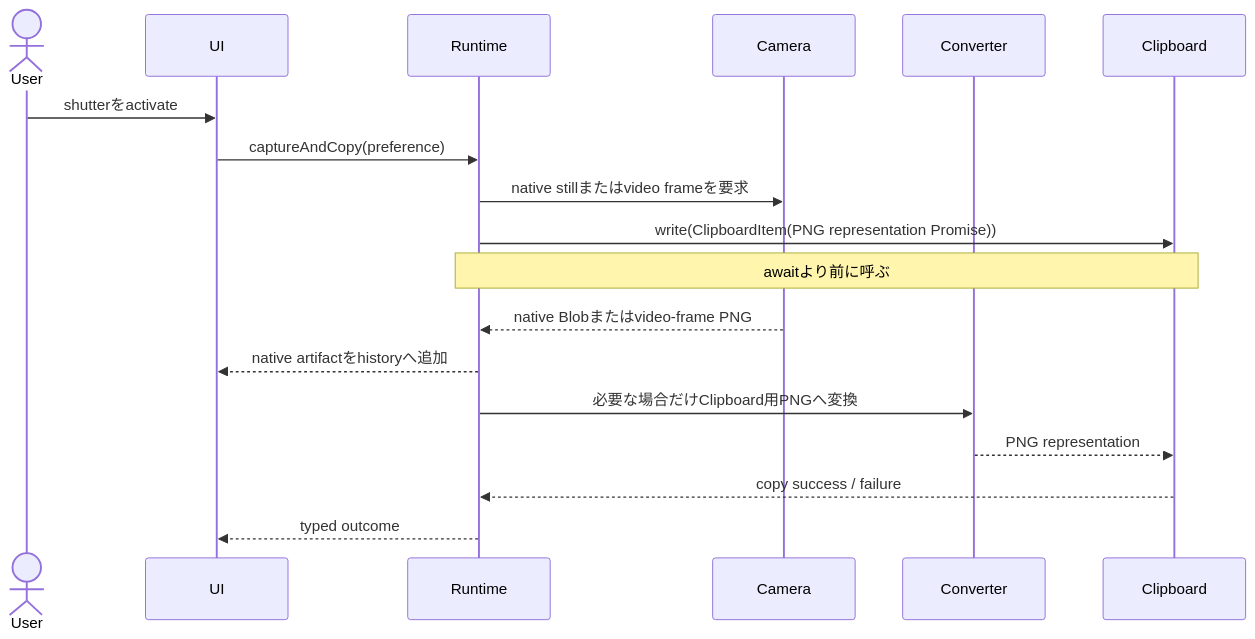
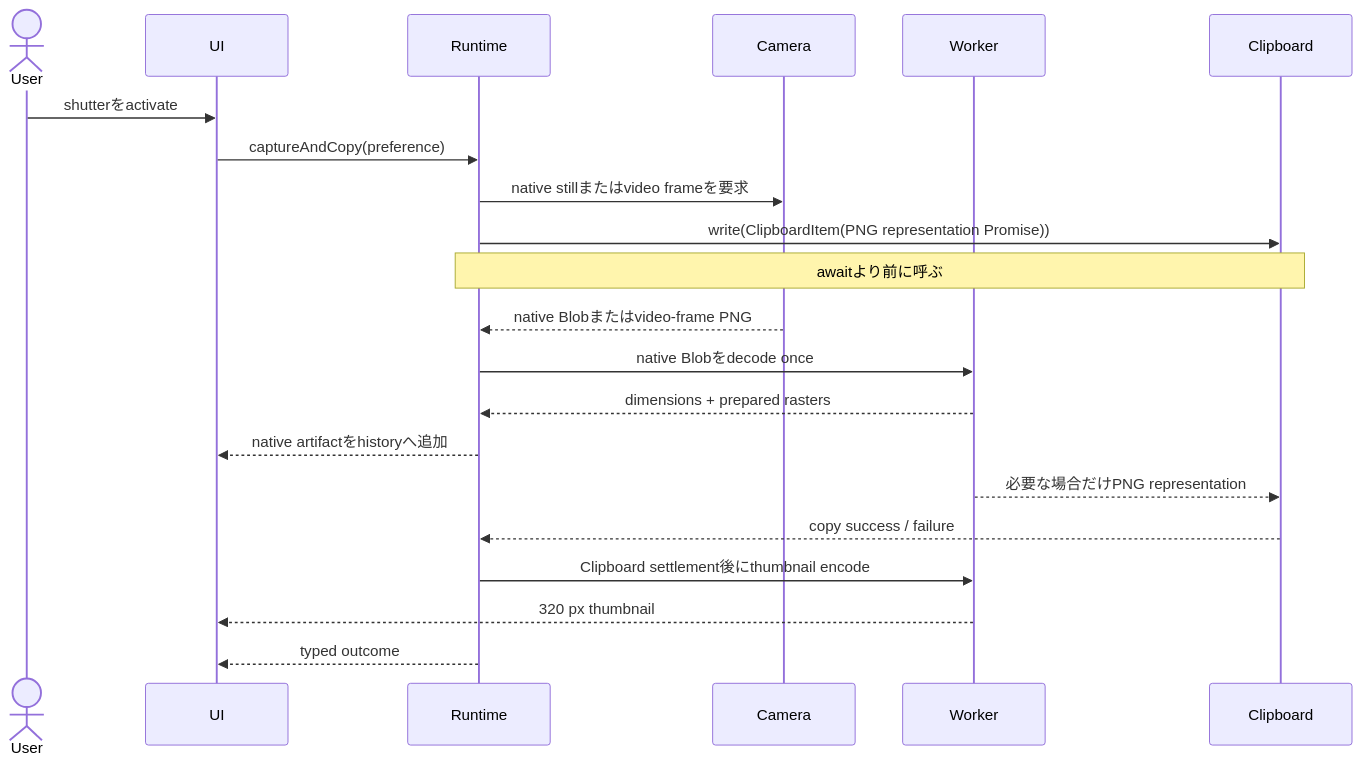
Before and after one commit to bem130/webcam-app: the third of 4 diagrams in docs/design.md, drawn with Mermaid. The commit also changed other lines of this file and 15 other files, not shown here.

````diff
--- a/docs/design.md
+++ b/docs/design.md
@@ -297,20 +297,23 @@
 ```mermaid
 sequenceDiagram
     actor User
     participant UI
     participant Runtime
     participant Camera
-    participant Converter
+    participant Worker
     participant Clipboard
     User->>UI: shutterをactivate
     UI->>Runtime: captureAndCopy(preference)
     Runtime->>Camera: native stillまたはvideo frameを要求
     Runtime->>Clipboard: write(ClipboardItem(PNG representation Promise))
     Note over Runtime,Clipboard: awaitより前に呼ぶ
     Camera-->>Runtime: native Blobまたはvideo-frame PNG
+    Runtime->>Worker: native Blobをdecode once
+    Worker-->>Runtime: dimensions + prepared rasters
     Runtime-->>UI: native artifactをhistoryへ追加
-    Runtime->>Converter: 必要な場合だけClipboard用PNGへ変換
-    Converter-->>Clipboard: PNG representation
+    Worker-->>Clipboard: 必要な場合だけPNG representation
     Clipboard-->>Runtime: copy success / failure
+    Runtime->>Worker: Clipboard settlement後にthumbnail encode
+    Worker-->>UI: 320 px thumbnail
     Runtime-->>UI: typed outcome
 ```
````
